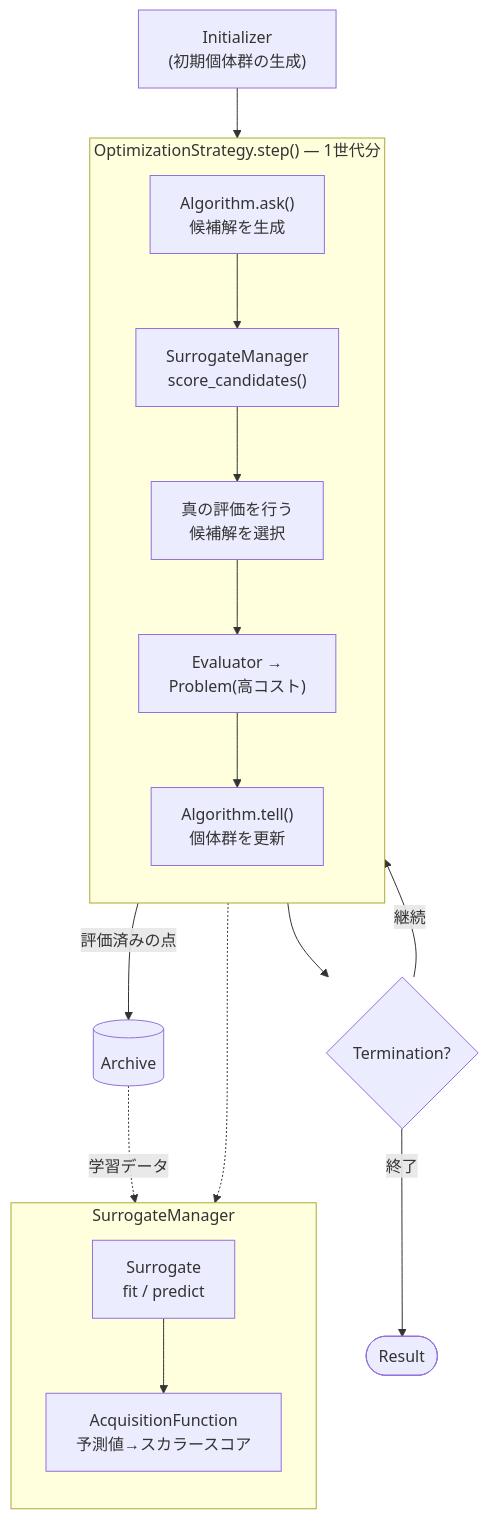
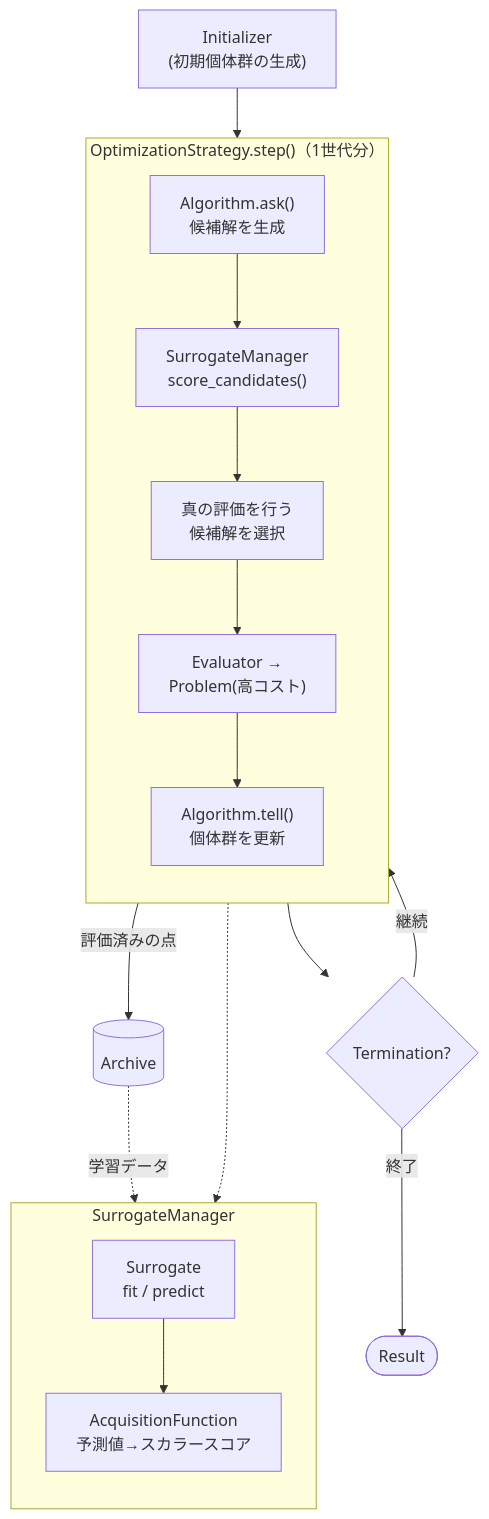
Before and after one commit to shlka/saealib: the diagram in docs/components/index.md, drawn with Mermaid. The commit also changed other lines of this file and 41 other files, not shown here.

````diff
--- a/docs/components/index.md
+++ b/docs/components/index.md
@@ -13,21 +13,21 @@
 ```{mermaid}
 flowchart TD
     INIT["Initializer<br/>(初期個体群の生成)"] --> STEP
-    subgraph STEP["OptimizationStrategy.step() — 1世代分"]
+    subgraph STEP["OptimizationStrategy.step()（1世代分）"]
         direction TB
         ASK["Algorithm.ask()<br/>候補解を生成"] --> SCORE["SurrogateManager<br/>score_candidates()"]
         SCORE --> SEL["真の評価を行う<br/>候補解を選択"]
         SEL --> EVAL["Evaluator →<br/>Problem(高コスト)"]
         EVAL --> TELL["Algorithm.tell()<br/>個体群を更新"]
     end
     STEP --> TERM{"Termination?"}
     TERM -- "継続" --> STEP
     TERM -- "終了" --> RESULT([Result])
     subgraph SM["SurrogateManager"]
         direction TB
         SUR["Surrogate<br/>fit / predict"] --> ACQ["AcquisitionFunction<br/>予測値→スカラースコア"]
     end
     SCORE -.-> SM
     EVAL -- "評価済みの点" --> ARC[("Archive")]
     ARC -. "学習データ" .-> SUR
 ```
````
